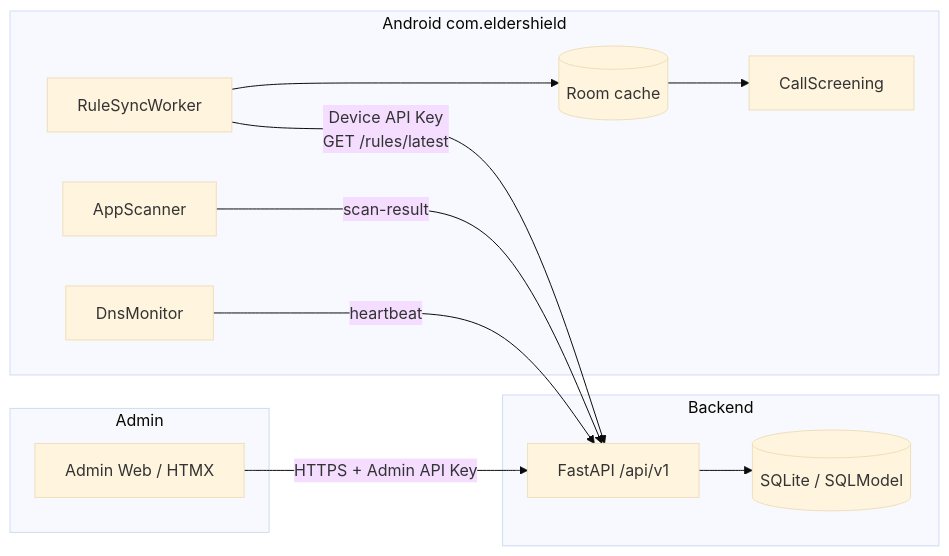
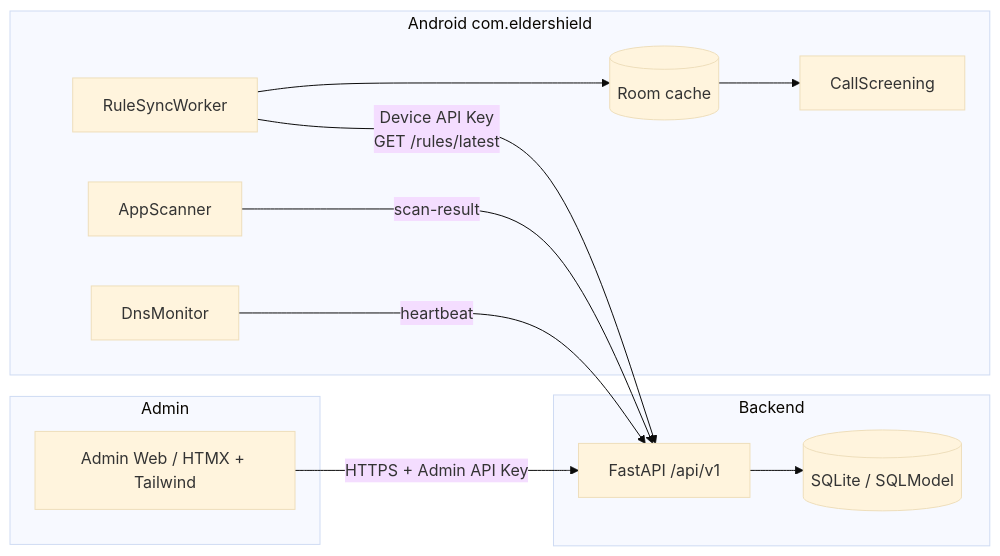
The diagram in README.md (xzawed/ElderShield), drawn with Mermaid (base theme) before and after one commit. The commit also changed other lines of this file and 13 other files, not shown here.

First line of the commit message:
feat(admin-ui): Tailwind enterprise console + docs sync

````diff
--- a/README.md
+++ b/README.md
@@ -51,24 +51,24 @@
 ```mermaid
 flowchart LR
   subgraph Admin
-    W[Admin Web / HTMX]
+    W[Admin Web / HTMX + Tailwind]
   end
   subgraph Backend
     API[FastAPI /api/v1]
     DB[(SQLite / SQLModel)]
   end
   subgraph Device["Android com.eldershield"]
     CS[CallScreening]
     SYNC[RuleSyncWorker]
     SCAN[AppScanner]
     DNS[DnsMonitor]
     ROOM[(Room cache)]
   end
   W -->|HTTPS + Admin API Key| API
   API --> DB
   SYNC -->|Device API Key<br/>GET /rules/latest| API
   SCAN -->|scan-result| API
   DNS -->|heartbeat| API
   SYNC --> ROOM
   ROOM --> CS
 ```
````
